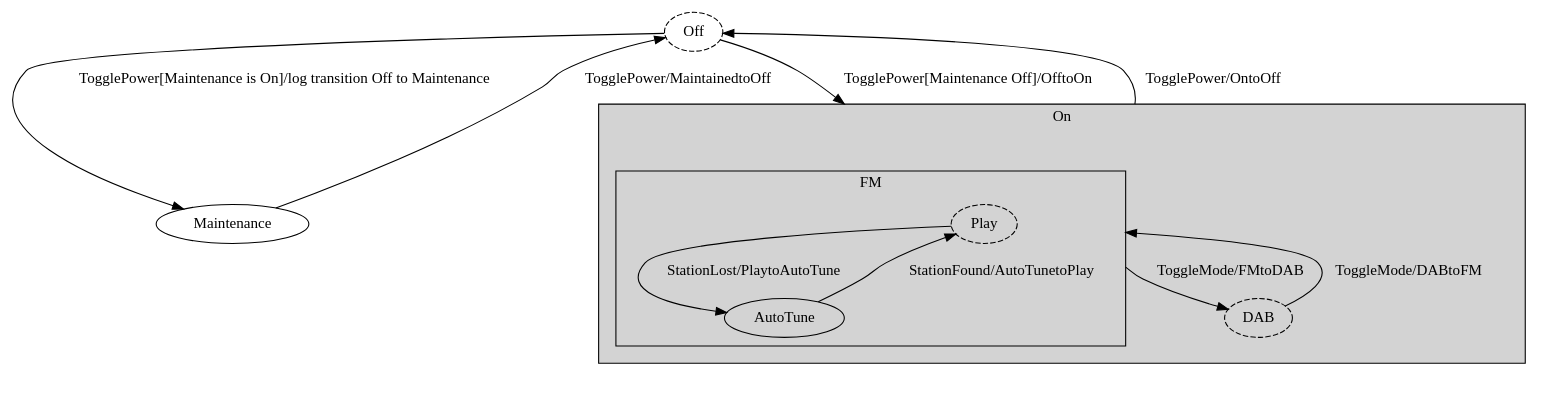
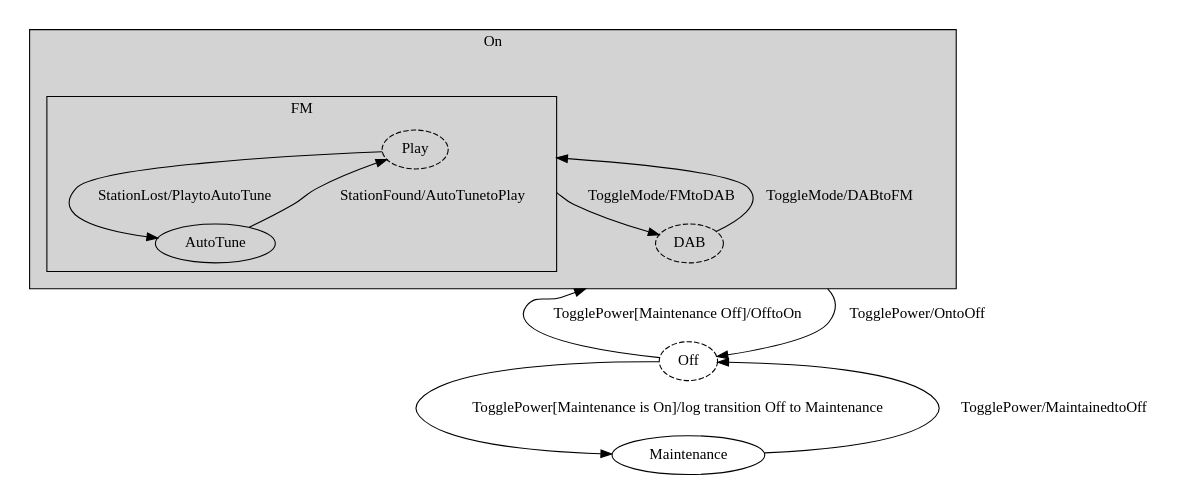
The diagram in net.tangly.fsm/src/site/pics/fsm-bbv.dot (tangly-team/tangly-os), drawn with Graphviz before and after one commit. The commit also changed 2 other files, not shown here.

```diff
--- a/net.tangly.fsm/src/site/pics/fsm-bbv.dot
+++ b/net.tangly.fsm/src/site/pics/fsm-bbv.dot
@@ -1,31 +1,31 @@
 digraph G {
   compound=true;
 
   Off [style="dashed"];
   Maintenance [];
   subgraph cluster1003 {
     style=invis;
     subgraph cluster3 {
       style="visible, filled";
       label = "On"
       subgraph cluster1004 {
         style=invis;
         subgraph cluster4 {
           style="visible, filled";
           label = "FM"
           Play [style="dashed, filled"];
           AutoTune [];
         }
       }
       DAB [style="dashed"];
     }
   }
   Off -> Maintenance [label="TogglePower[Maintenance is On]/log transition Off to Maintenance"];
-  Off -> Play [lhead=cluster3, label="TogglePower[Maintenance Off]/OfftoOn"];
+  Off -> DAB [lhead=cluster3, label="TogglePower[Maintenance Off]/OfftoOn"];
   Maintenance -> Off [label="TogglePower/MaintainedtoOff"];
-  Play -> Off [ltail=cluster3, label="TogglePower/OntoOff"];
+  DAB -> Off [ltail=cluster3, label="TogglePower/OntoOff"];
   Play -> DAB [ltail=cluster4, label="ToggleMode/FMtoDAB"];
   Play -> AutoTune [label="StationLost/PlaytoAutoTune"];
   AutoTune -> Play [label="StationFound/AutoTunetoPlay"];
   DAB -> Play [lhead=cluster4, label="ToggleMode/DABtoFM"];
 }
```
